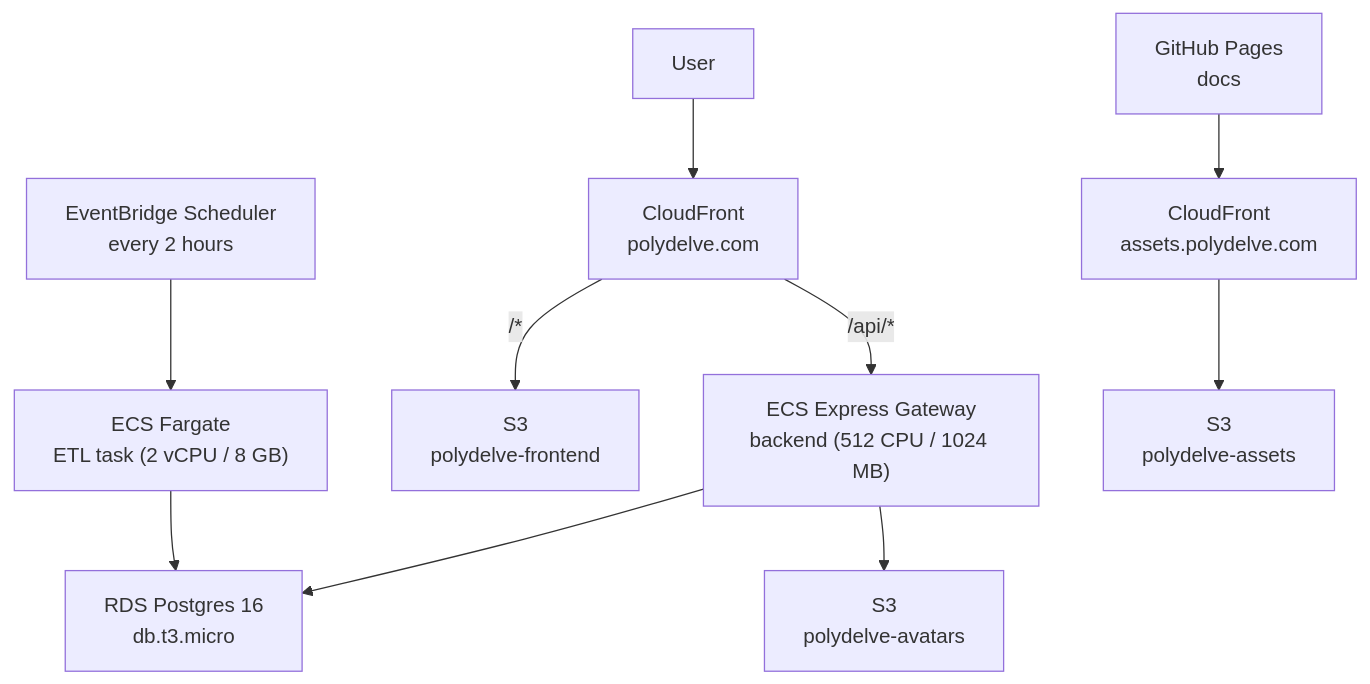
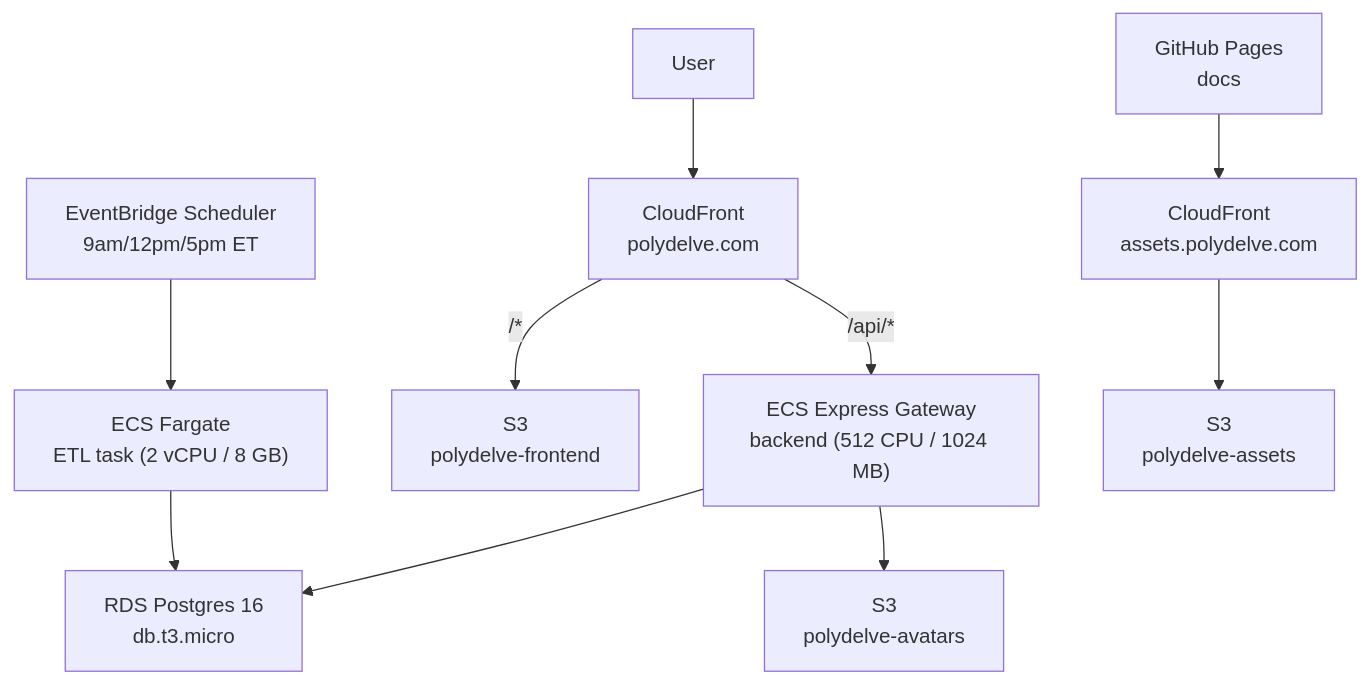
One commit to JacksonFaulkner/polydelve changed the diagram in docs/content/docs/build/infrastructure.mdx. Above: the diagram before and after it, drawn with Mermaid. The commit also changed other lines of this file and 95 other files, not shown here.

````diff
--- a/docs/content/docs/build/infrastructure.mdx
+++ b/docs/content/docs/build/infrastructure.mdx
@@ -10,12 +10,12 @@
 ```mermaid
 flowchart TD
   User --> CF_FE["CloudFront\npolydelve.com"]
   CF_FE -->|"/api/*"| ECS["ECS Express Gateway\nbackend (512 CPU / 1024 MB)"]
   CF_FE -->|"/*"| S3_FE["S3\npolydelve-frontend"]
   ECS --> RDS["RDS Postgres 16\ndb.t3.micro"]
   ECS --> S3_AV["S3\npolydelve-avatars"]
-  ETL["EventBridge Scheduler\nevery 2 hours"] --> ECS_ETL["ECS Fargate\nETL task (2 vCPU / 8 GB)"]
+  ETL["EventBridge Scheduler\n9am/12pm/5pm ET"] --> ECS_ETL["ECS Fargate\nETL task (2 vCPU / 8 GB)"]
   ECS_ETL --> RDS
   DOCS["GitHub Pages\ndocs"] --> CF_AS["CloudFront\nassets.polydelve.com"]
   CF_AS --> S3_AS["S3\npolydelve-assets"]
 ```
````
